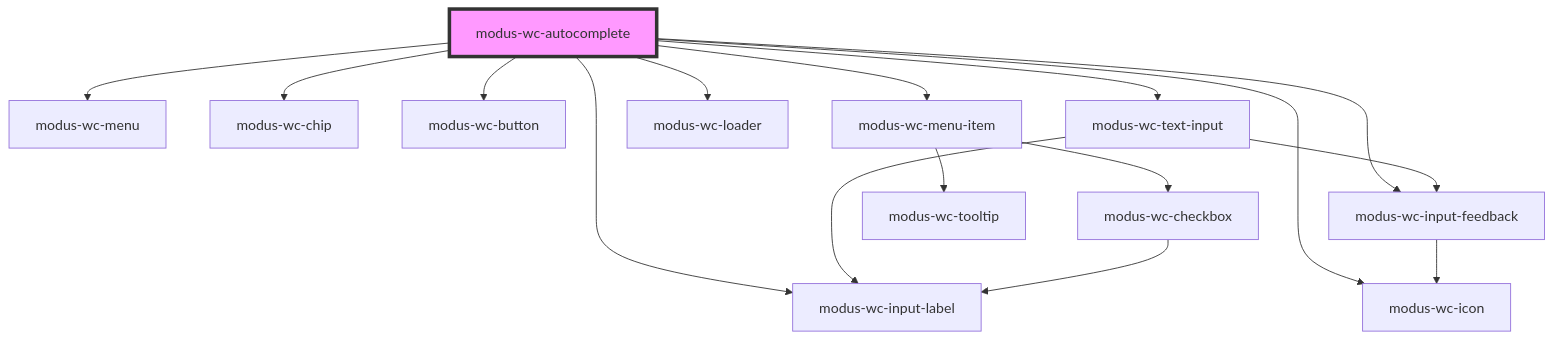
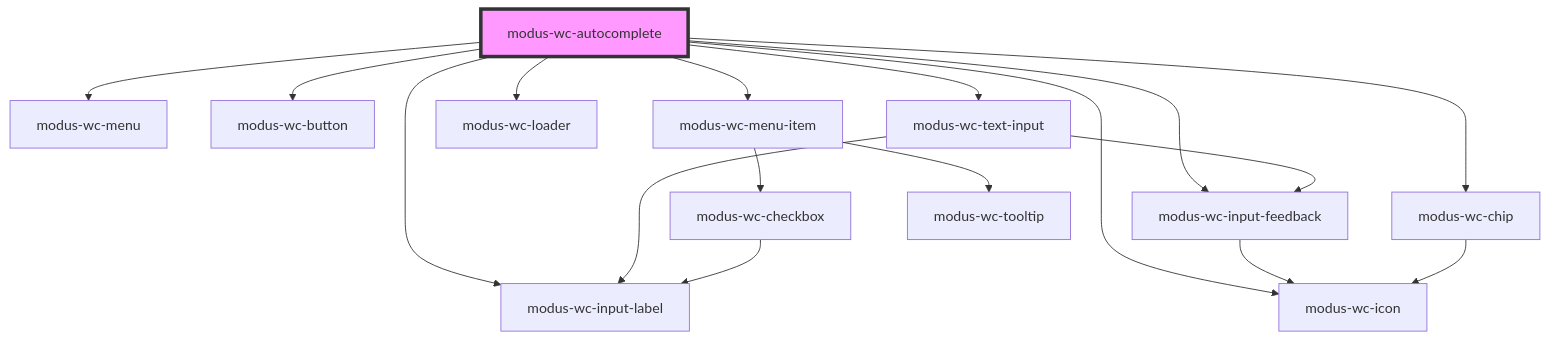
Before and after one commit to trimble-oss/modus-wc-2.0: the diagram in src/components/modus-wc-autocomplete/readme.md, drawn with Mermaid. The commit also changed 11 other files, not shown here.

````diff
--- a/src/components/modus-wc-autocomplete/readme.md
+++ b/src/components/modus-wc-autocomplete/readme.md
@@ -147,19 +147,20 @@
 ```mermaid
 graph TD;
   modus-wc-autocomplete --> modus-wc-input-label
   modus-wc-autocomplete --> modus-wc-input-feedback
   modus-wc-autocomplete --> modus-wc-menu
   modus-wc-autocomplete --> modus-wc-chip
   modus-wc-autocomplete --> modus-wc-button
   modus-wc-autocomplete --> modus-wc-icon
   modus-wc-autocomplete --> modus-wc-text-input
   modus-wc-autocomplete --> modus-wc-loader
   modus-wc-autocomplete --> modus-wc-menu-item
   modus-wc-input-feedback --> modus-wc-icon
+  modus-wc-chip --> modus-wc-icon
   modus-wc-text-input --> modus-wc-input-label
   modus-wc-text-input --> modus-wc-input-feedback
   modus-wc-menu-item --> modus-wc-checkbox
   modus-wc-menu-item --> modus-wc-tooltip
   modus-wc-checkbox --> modus-wc-input-label
   style modus-wc-autocomplete fill:#f9f,stroke:#333,stroke-width:4px
 ```
````
